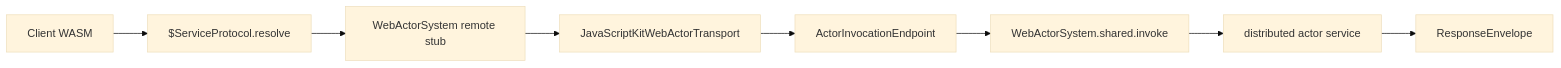
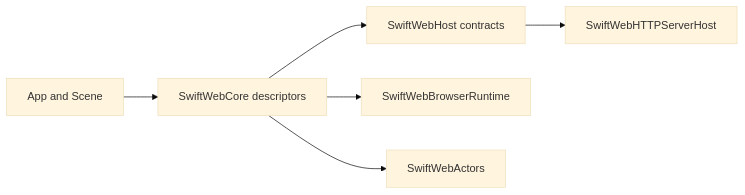
One commit to 1amageek/swift-web changed the first of 2 diagrams in Sources/SwiftWebRuntime/Core/README.md. Above: the diagram before and after it, drawn with Mermaid (base theme). The commit also changed other lines of this file and 30 other files, not shown here.

Commit message:
Update documentation for SwiftWeb 0.7

````diff
--- a/Sources/SwiftWebRuntime/Core/README.md
+++ b/Sources/SwiftWebRuntime/Core/README.md
@@ -442,10 +25,8 @@
 ```mermaid
 flowchart LR
-  A["Client WASM"] --> B["$ServiceProtocol.resolve"]
-  B --> C["WebActorSystem remote stub"]
-  C --> D["JavaScriptKitWebActorTransport"]
-  D --> E["ActorInvocationEndpoint"]
-  E --> F["WebActorSystem.shared.invoke"]
-  F --> G["distributed actor service"]
-  G --> H["ResponseEnvelope"]
+  App["App and Scene"] --> Core["SwiftWebCore descriptors"]
+  Core --> Host["SwiftWebHost contracts"]
+  Host --> HTTP["SwiftWebHTTPServerHost"]
+  Core --> Browser["SwiftWebBrowserRuntime"]
+  Core --> Actors["SwiftWebActors"]
 ```
````
